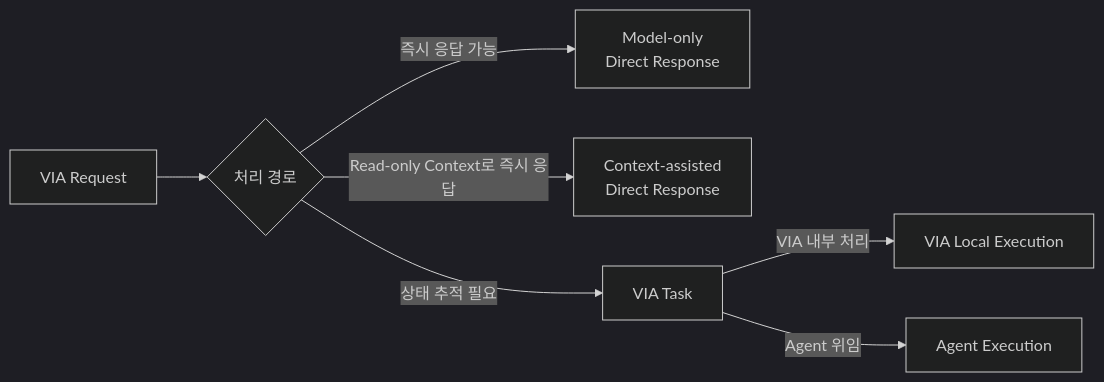
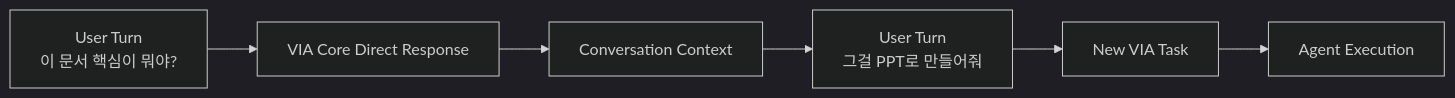
One commit to cbyche/via-sw-architecture changed the third of 5 diagrams in docs/rebaseline/02-terms.md. Above: the diagram before and after it, drawn with Mermaid (dark theme). The commit also changed other lines of this file, not shown here.

Commit message:
docs: separate task relation from request handling

````diff
--- a/docs/rebaseline/02-terms.md
+++ b/docs/rebaseline/02-terms.md
@@ -144,19 +196,13 @@
 ```mermaid
 flowchart LR
-    R["VIA Request"]
-    P{"처리 경로"}
+    U1["User Turn<br/>이 문서 핵심이 뭐야?"]
+    D1["VIA Core Direct Response"]
+    U2["User Turn<br/>그걸 PPT로 만들어줘"]
+    T["New VIA Task"]
+    A["Agent Execution"]
+    C["Conversation Context"]
 
-    MD["Model-only<br/>Direct Response"]
-    CD["Context-assisted<br/>Direct Response"]
-
-    T["VIA Task"]
-    LE["VIA Local Execution"]
-    AE["Agent Execution"]
-
-    R --> P
-    P -->|"즉시 응답 가능"| MD
-    P -->|"Read-only Context로 즉시 응답"| CD
-    P -->|"상태 추적 필요"| T
-    T -->|"VIA 내부 처리"| LE
-    T -->|"Agent 위임"| AE
+    U1 --> D1 --> C
+    C --> U2
+    U2 --> T --> A
 ```
````
